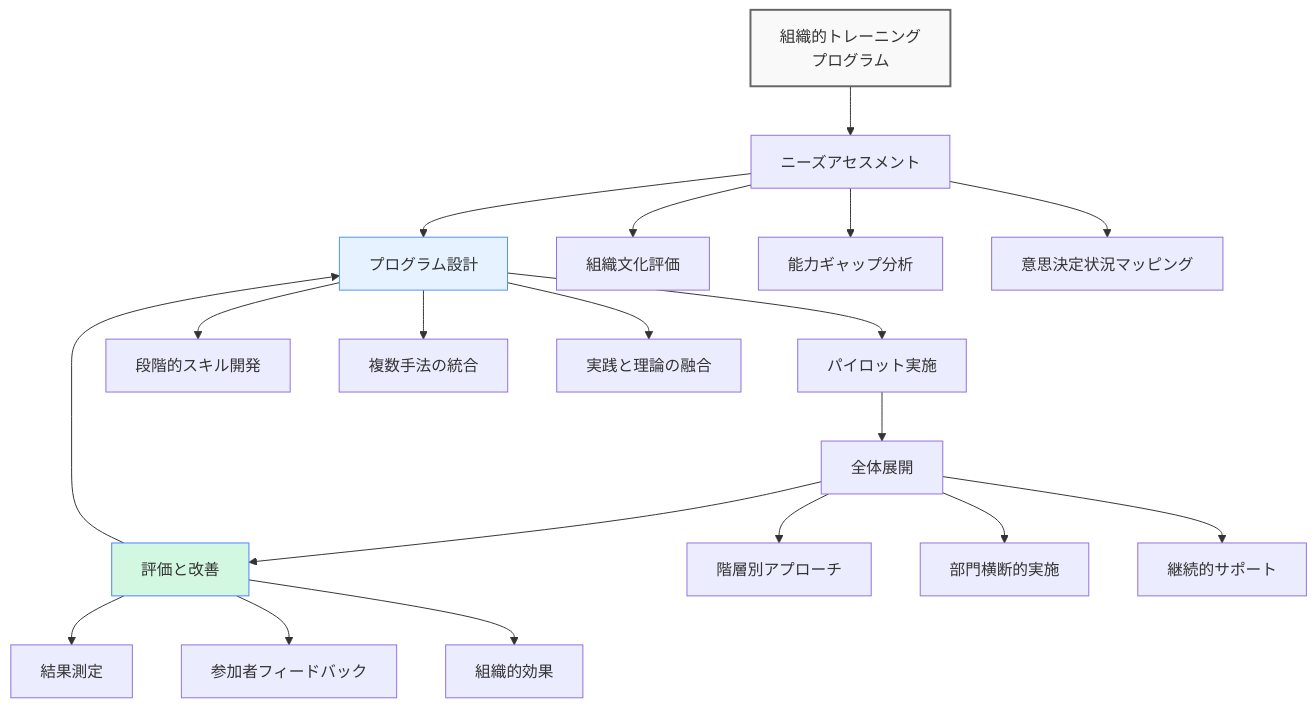
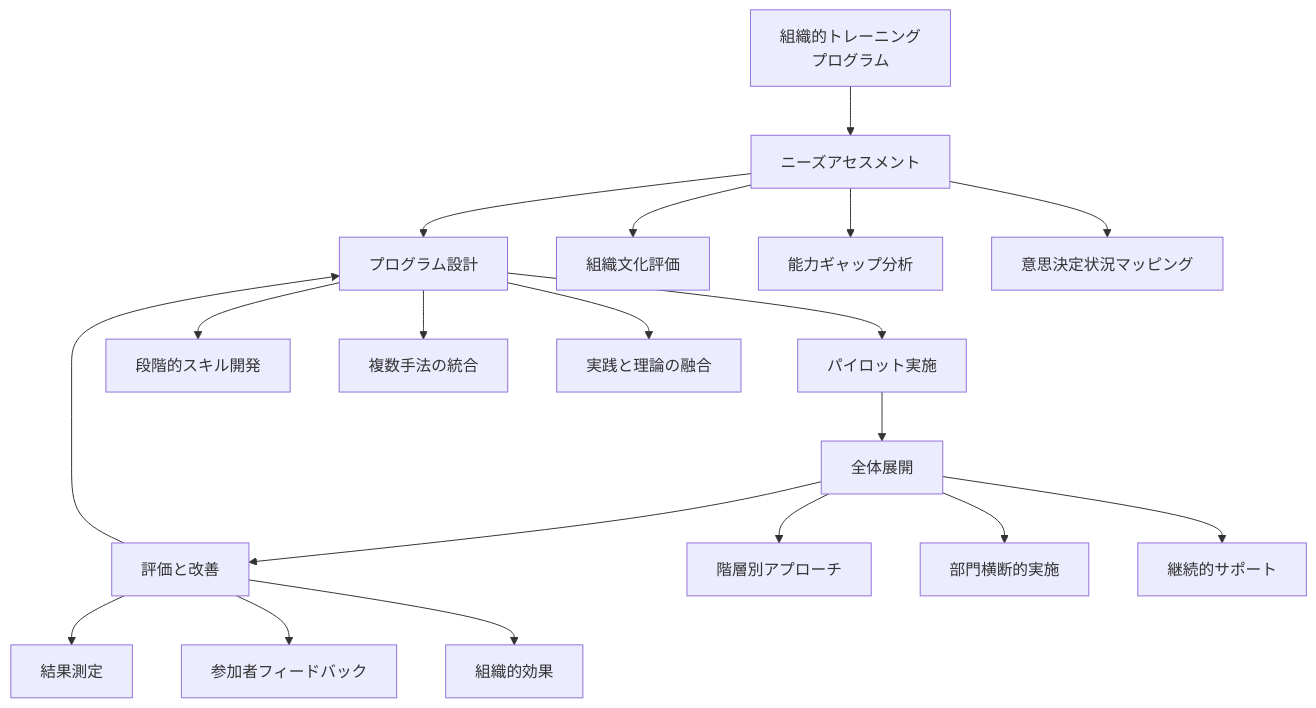
One commit to shuji-bonji/Situational-Awareness-and-Decision-Making changed the sixth of 8 diagrams in docs/decision-making-guide/decision-training.md. Above: the diagram before and after it, drawn with Mermaid. The commit also changed other lines of this file and 49 other files, not shown here.

Commit message:
fix: ダークモードで見づらい図の色の変更

````diff
--- a/docs/decision-making-guide/decision-training.md
+++ b/docs/decision-making-guide/decision-training.md
@@ -617,29 +617,29 @@
 ```mermaid
 graph TD
     A[組織的トレーニング<br>プログラム] --> B[ニーズアセスメント]
     B --> C[プログラム設計]
     C --> D[パイロット実施]
     D --> E[全体展開]
     E --> F[評価と改善]
     F --> C
     
     B --> B1[組織文化評価]
     B --> B2[能力ギャップ分析]
     B --> B3[意思決定状況マッピング]
     
     C --> C1[段階的スキル開発]
     C --> C2[複数手法の統合]
     C --> C3[実践と理論の融合]
     
     E --> E1[階層別アプローチ]
     E --> E2[部門横断的実施]
     E --> E3[継続的サポート]
     
     F --> F1[結果測定]
     F --> F2[参加者フィードバック]
     F --> F3[組織的効果]
     
-    style A fill:#f9f9f9,stroke:#666,stroke-width:2px
-    style C fill:#e6f2ff,stroke:#4d94ff
-    style F fill:#d3f8e2,stroke:#4d7fff
+
+
+
 ```
````
